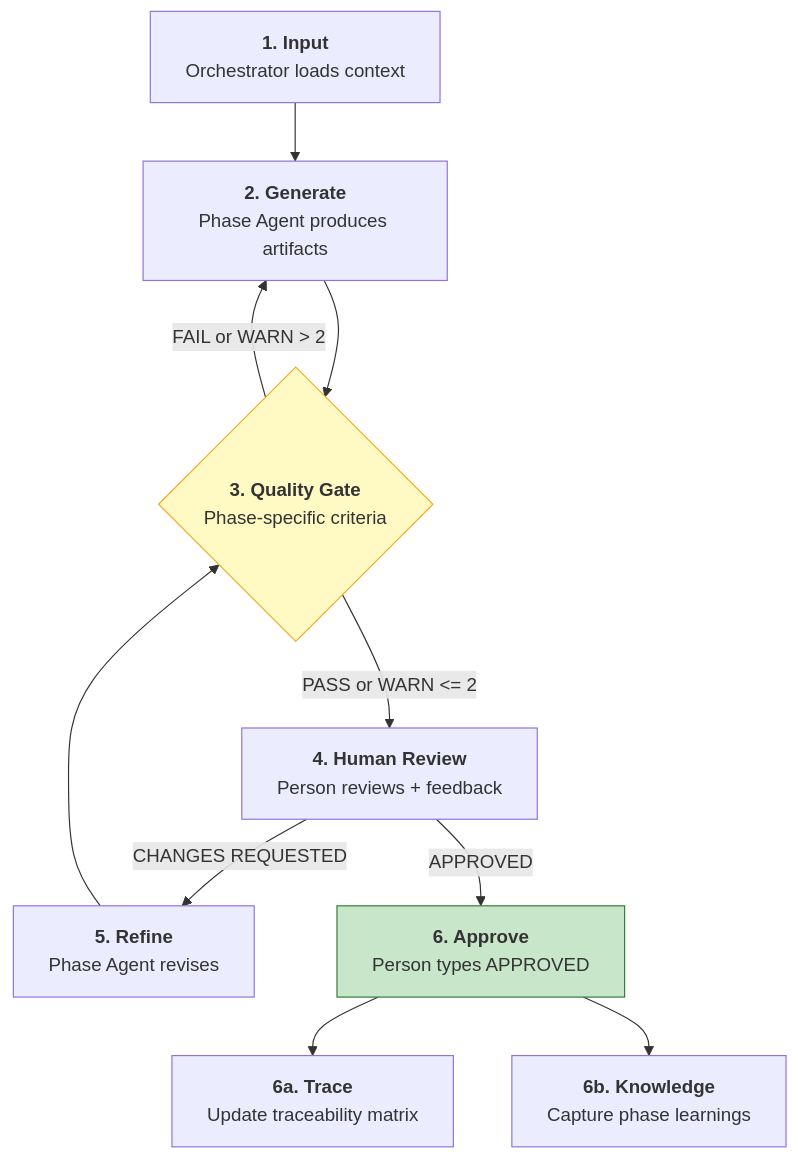
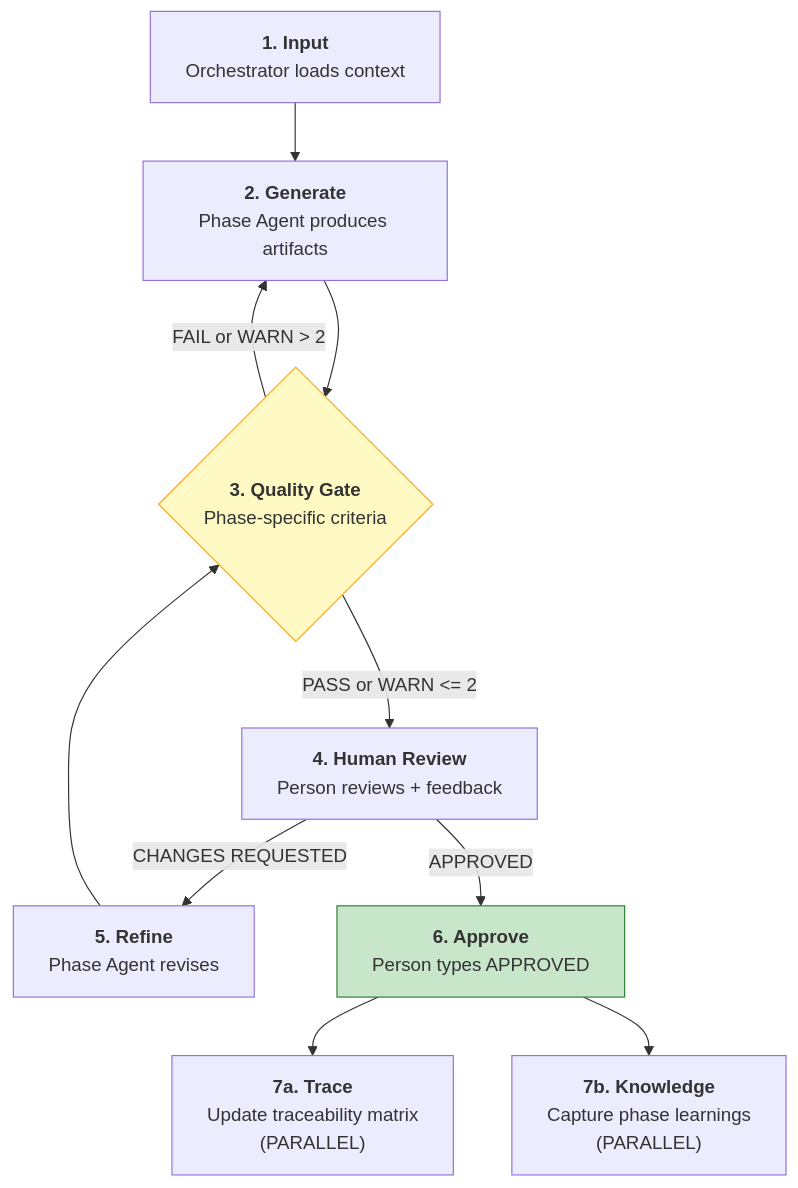
The second of 2 diagrams in plugins/vbounce/skills/vbounce/references/workflows-by-role.md (baodq97/open-plugin), drawn with Mermaid before and after one commit. The commit also changed other lines of this file, not shown here.

````diff
--- a/plugins/vbounce/skills/vbounce/references/workflows-by-role.md
+++ b/plugins/vbounce/skills/vbounce/references/workflows-by-role.md
@@ -46,24 +48,24 @@
 ```mermaid
 flowchart TD
     INPUT["<b>1. Input</b><br/>Orchestrator loads context"]
     GEN["<b>2. Generate</b><br/>Phase Agent produces artifacts"]
     QG{"<b>3. Quality Gate</b><br/>Phase-specific criteria"}
     REVIEW["<b>4. Human Review</b><br/>Person reviews + feedback"]
     REFINE["<b>5. Refine</b><br/>Phase Agent revises"]
     APPROVE["<b>6. Approve</b><br/>Person types APPROVED"]
-    TRACE["<b>6a. Trace</b><br/>Update traceability matrix"]
-    KCAP["<b>6b. Knowledge</b><br/>Capture phase learnings"]
+    TRACE["<b>7a. Trace</b><br/>Update traceability matrix<br/>(PARALLEL)"]
+    KCAP["<b>7b. Knowledge</b><br/>Capture phase learnings<br/>(PARALLEL)"]
 
     INPUT --> GEN
     GEN --> QG
     QG -->|"FAIL or WARN > 2"| GEN
     QG -->|"PASS or WARN <= 2"| REVIEW
     REVIEW -->|"CHANGES REQUESTED"| REFINE
     REFINE --> QG
     REVIEW -->|"APPROVED"| APPROVE
     APPROVE --> TRACE
     APPROVE --> KCAP
 
     style QG fill:#fff9c4,stroke:#f9a825
     style APPROVE fill:#c8e6c9,stroke:#2e7d32
 ```
````
